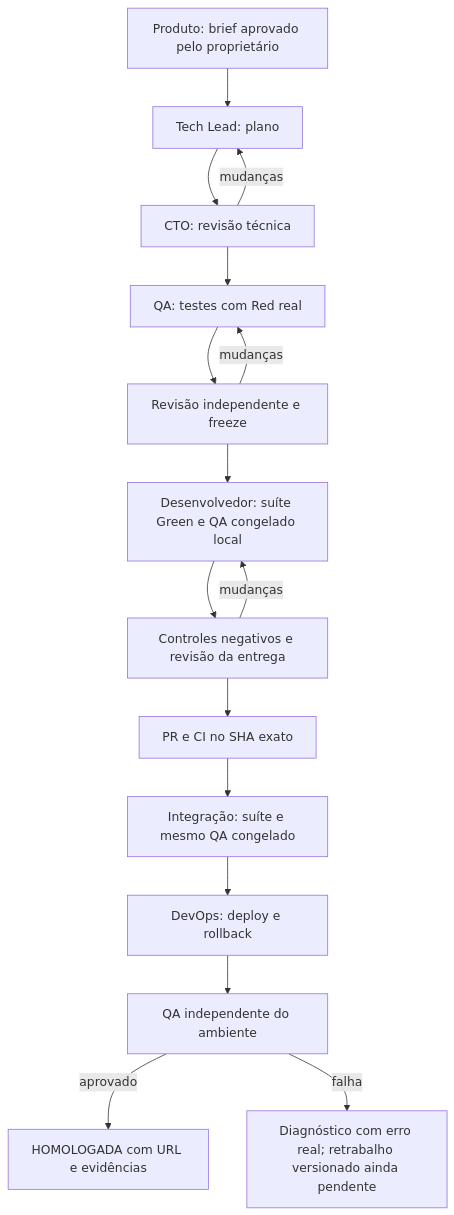
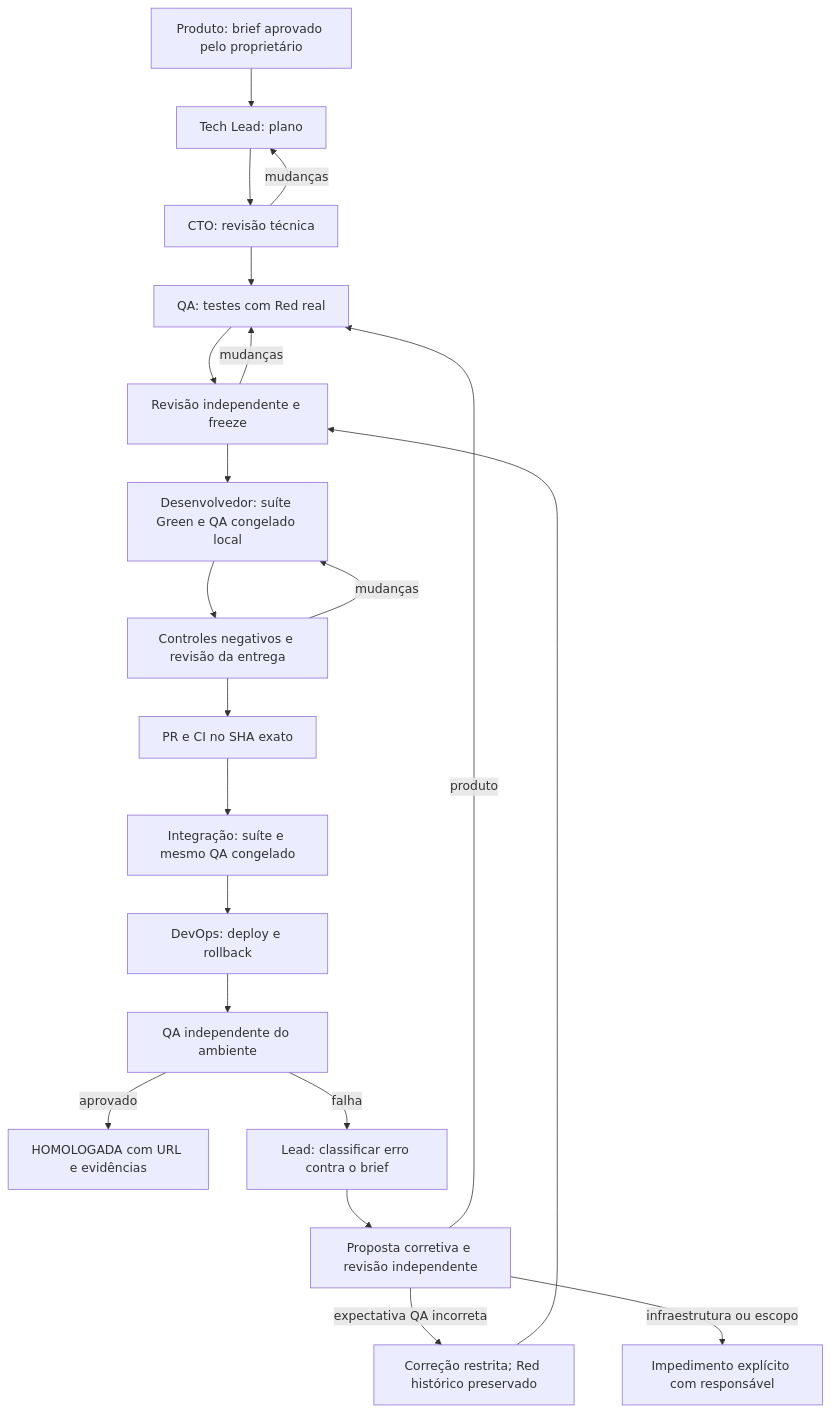
The second of 2 diagrams in README.md (codifydeep/fabriquinha), drawn with Mermaid before and after one commit. The commit also changed other lines of this file and 21 other files, not shown here.

````diff
--- a/README.md
+++ b/README.md
@@ -72,18 +72,23 @@
 ```mermaid
 flowchart TD
     B[Produto: brief aprovado pelo proprietário] --> P[Tech Lead: plano]
     P --> C[CTO: revisão técnica]
     C -->|mudanças| P
     C --> T[QA: testes com Red real]
     T --> F[Revisão independente e freeze]
     F -->|mudanças| T
     F --> I[Desenvolvedor: suíte Green e QA congelado local]
     I --> N[Controles negativos e revisão da entrega]
     N -->|mudanças| I
     N --> PR[PR e CI no SHA exato]
     PR --> M[Integração: suíte e mesmo QA congelado]
     M --> D[DevOps: deploy e rollback]
     D --> Q[QA independente do ambiente]
     Q -->|aprovado| H[HOMOLOGADA com URL e evidências]
-    Q -->|falha| X[Diagnóstico com erro real; retrabalho versionado ainda pendente]
+    Q -->|falha| X[Lead: classificar erro contra o brief]
+    X --> R[Proposta corretiva e revisão independente]
+    R -->|produto| T
+    R -->|expectativa QA incorreta| RT[Correção restrita; Red histórico preservado]
+    RT --> F
+    R -->|infraestrutura ou escopo| E[Impedimento explícito com responsável]
 ```
````
